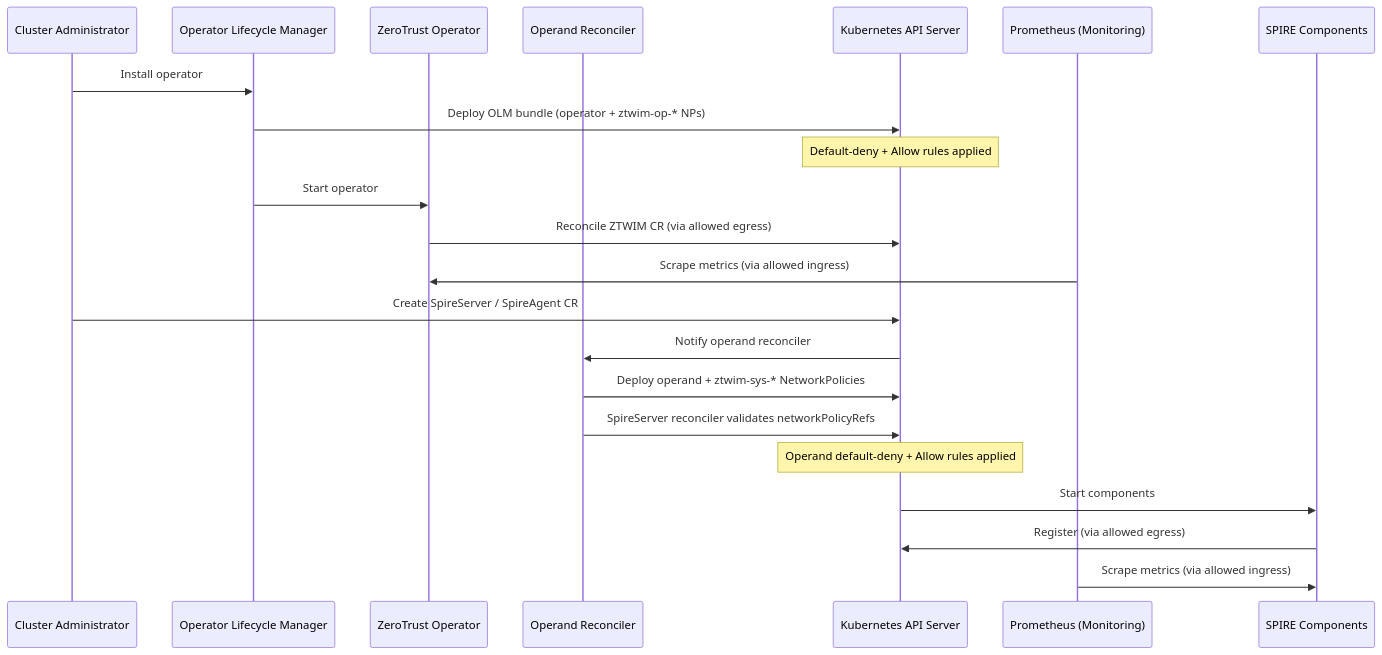
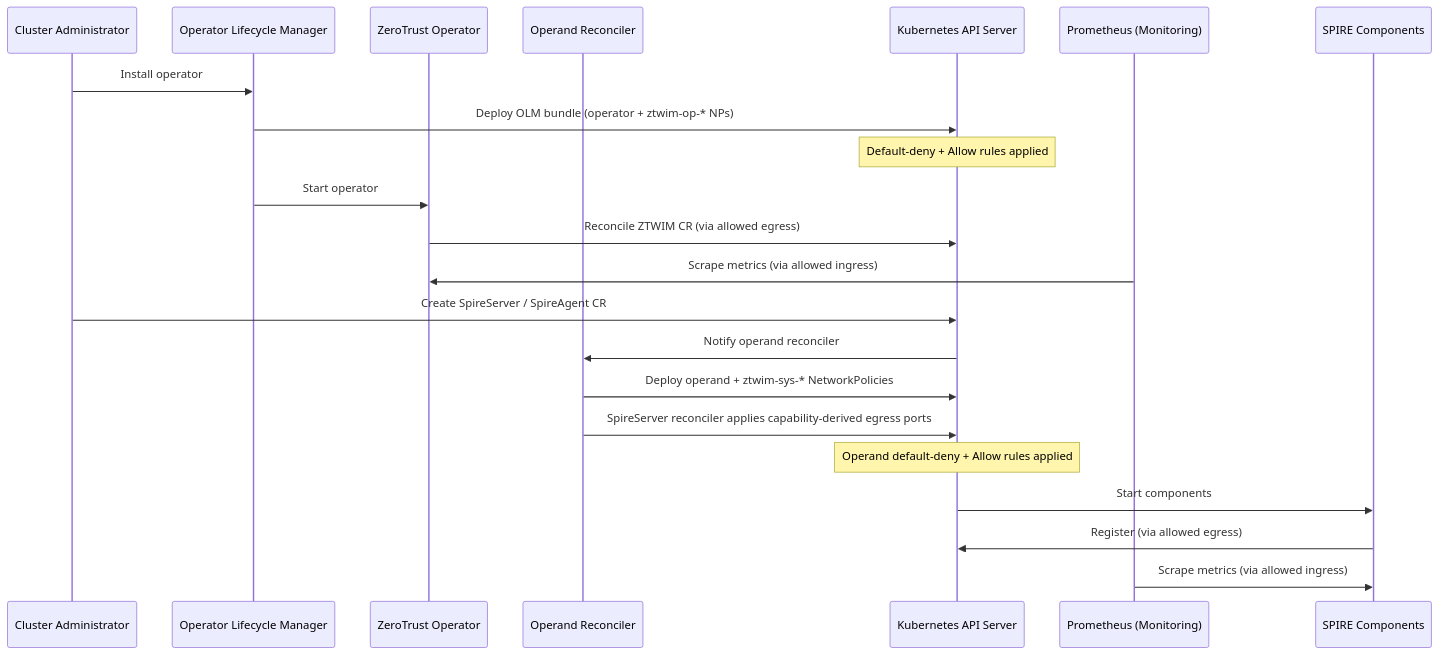
One commit to openshift/enhancements changed the diagram in enhancements/workload-identity-management/zero-trust-workload-identity-manager-network-policies.md. Above: the diagram before and after it, drawn with Mermaid. The commit also changed other lines of this file, not shown here.

First line of the commit message:
Derive operand NetworkPolicies from SpireServer spec instead of refs.

````diff
--- a/enhancements/workload-identity-management/zero-trust-workload-identity-manager-network-policies.md
+++ b/enhancements/workload-identity-management/zero-trust-workload-identity-manager-network-policies.md
@@ -303,26 +322,26 @@
 ```mermaid
 sequenceDiagram
     participant Admin as Cluster Administrator
     participant OLM as Operator Lifecycle Manager
     participant Op as ZeroTrust Operator
     participant Recon as Operand Reconciler
     participant K8s as Kubernetes API Server
     participant Mon as Prometheus (Monitoring)
     participant SPIRE as SPIRE Components
 
     Admin->>OLM: Install operator
     OLM->>K8s: Deploy OLM bundle (operator + ztwim-op-* NPs)
     Note over K8s: Default-deny + Allow rules applied
     OLM->>Op: Start operator
     Op->>K8s: Reconcile ZTWIM CR (via allowed egress)
     Mon->>Op: Scrape metrics (via allowed ingress)
 
     Admin->>K8s: Create SpireServer / SpireAgent CR
     K8s->>Recon: Notify operand reconciler
     Recon->>K8s: Deploy operand + ztwim-sys-* NetworkPolicies
-    Recon->>K8s: SpireServer reconciler validates networkPolicyRefs
+    Recon->>K8s: SpireServer reconciler applies capability-derived egress ports
     Note over K8s: Operand default-deny + Allow rules applied
     K8s->>SPIRE: Start components
     SPIRE->>K8s: Register (via allowed egress)
     Mon->>SPIRE: Scrape metrics (via allowed ingress)
 ```
````
